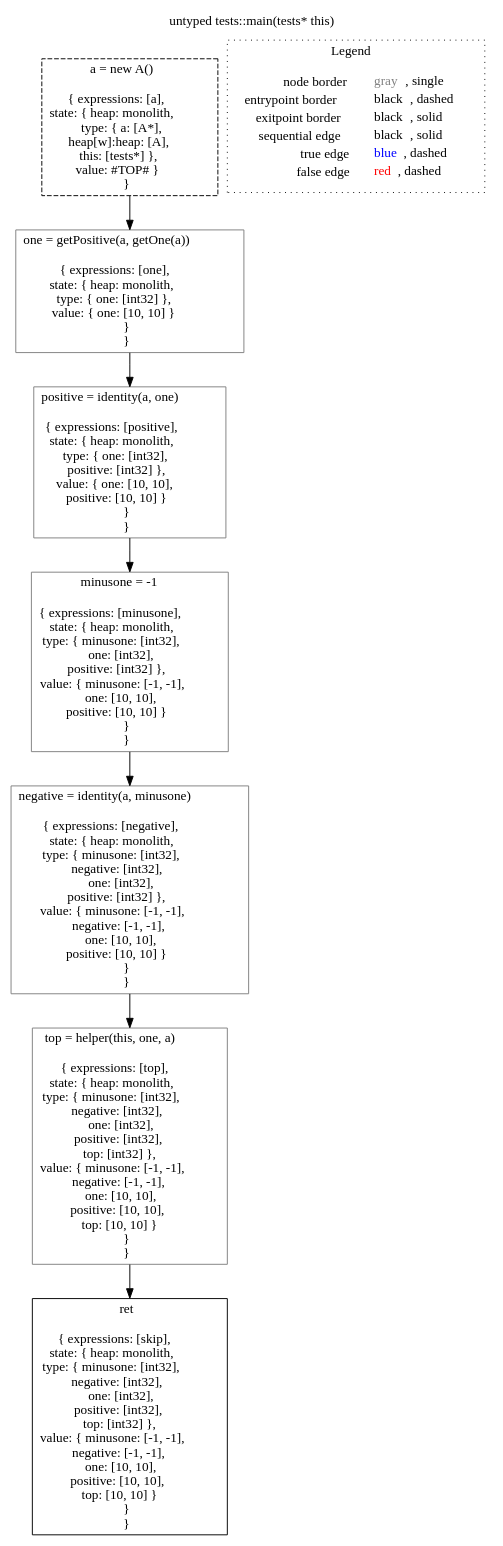
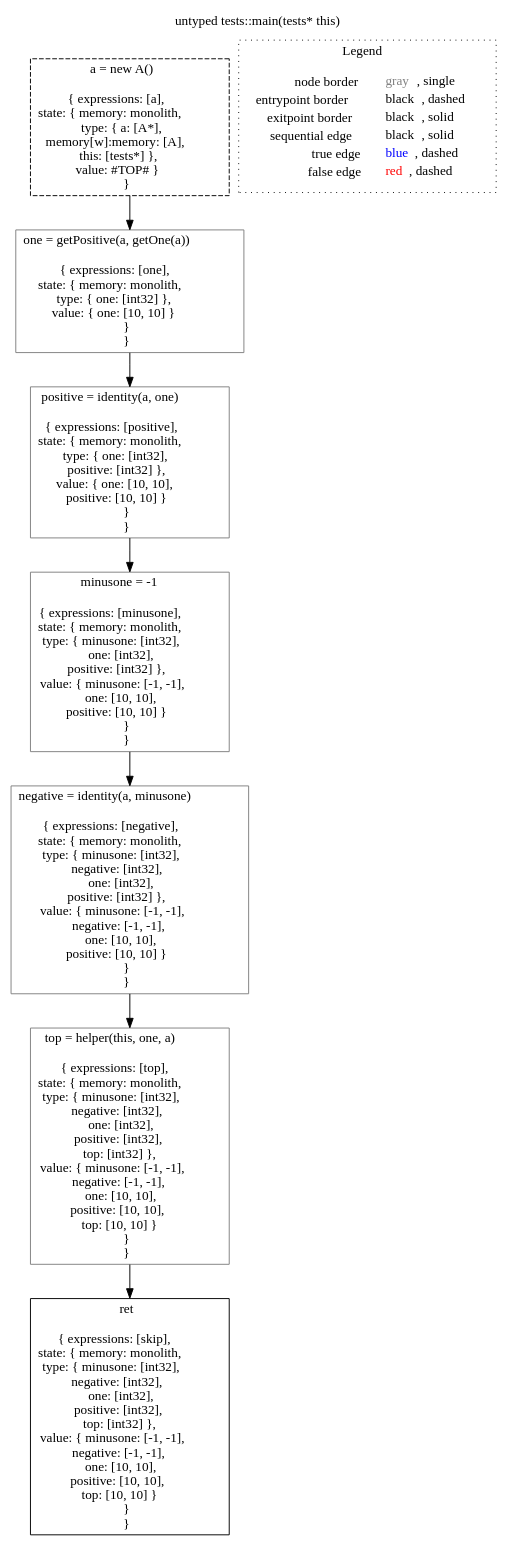
Before and after one commit to lisa-analyzer/lisa: the diagram in lisa/lisa-analyses/imp-testcases/visualization/dot/untyped_tests.main(tests__this).dot, drawn with Graphviz. The commit also changed 930 other files, not shown here.

Commit message:
Rename heap to memory #127

```diff
--- a/lisa/lisa-analyses/imp-testcases/visualization/dot/untyped_tests.main(tests__this).dot
+++ b/lisa/lisa-analyses/imp-testcases/visualization/dot/untyped_tests.main(tests__this).dot
@@ -1,22 +1,22 @@
 digraph "untyped tests::main(tests* this)" {
 edge ["dir"="forward"]
 graph ["label"="untyped tests::main(tests* this)","labelloc"="t"]
-"node0" ["label"=<a = new A()<br/><br/>{ expressions: [a],<br/>state: { heap: monolith,<br/>type: { a: [A*],<br/>heap[w]:heap: [A],<br/>this: [tests*] },<br/>value: #TOP# }<br/> }<br/>>,"shape"="rect","id"="node0","color"="black","style"="dashed"]
-"node3" ["label"=<one = getPositive(a, getOne(a))<br/><br/>{ expressions: [one],<br/>state: { heap: monolith,<br/>type: { one: [int32] },<br/>value: { one: [10, 10] }<br/> }<br/> }<br/>>,"shape"="rect","id"="node3","color"="gray"]
-"node9" ["label"=<positive = identity(a, one)<br/><br/>{ expressions: [positive],<br/>state: { heap: monolith,<br/>type: { one: [int32],<br/>positive: [int32] },<br/>value: { one: [10, 10],<br/>positive: [10, 10] }<br/> }<br/> }<br/>>,"shape"="rect","id"="node9","color"="gray"]
-"node14" ["label"=<minusone = -1<br/><br/>{ expressions: [minusone],<br/>state: { heap: monolith,<br/>type: { minusone: [int32],<br/>one: [int32],<br/>positive: [int32] },<br/>value: { minusone: [-1, -1],<br/>one: [10, 10],<br/>positive: [10, 10] }<br/> }<br/> }<br/>>,"shape"="rect","id"="node14","color"="gray"]
-"node17" ["label"=<negative = identity(a, minusone)<br/><br/>{ expressions: [negative],<br/>state: { heap: monolith,<br/>type: { minusone: [int32],<br/>negative: [int32],<br/>one: [int32],<br/>positive: [int32] },<br/>value: { minusone: [-1, -1],<br/>negative: [-1, -1],<br/>one: [10, 10],<br/>positive: [10, 10] }<br/> }<br/> }<br/>>,"shape"="rect","id"="node17","color"="gray"]
-"node22" ["label"=<top = helper(this, one, a)<br/><br/>{ expressions: [top],<br/>state: { heap: monolith,<br/>type: { minusone: [int32],<br/>negative: [int32],<br/>one: [int32],<br/>positive: [int32],<br/>top: [int32] },<br/>value: { minusone: [-1, -1],<br/>negative: [-1, -1],<br/>one: [10, 10],<br/>positive: [10, 10],<br/>top: [10, 10] }<br/> }<br/> }<br/>>,"shape"="rect","id"="node22","color"="gray"]
-"node28" ["label"=<ret<br/><br/>{ expressions: [skip],<br/>state: { heap: monolith,<br/>type: { minusone: [int32],<br/>negative: [int32],<br/>one: [int32],<br/>positive: [int32],<br/>top: [int32] },<br/>value: { minusone: [-1, -1],<br/>negative: [-1, -1],<br/>one: [10, 10],<br/>positive: [10, 10],<br/>top: [10, 10] }<br/> }<br/> }<br/>>,"shape"="rect","id"="node28","color"="black"]
+"node0" ["label"=<a = new A()<br/><br/>{ expressions: [a],<br/>state: { memory: monolith,<br/>type: { a: [A*],<br/>memory[w]:memory: [A],<br/>this: [tests*] },<br/>value: #TOP# }<br/> }<br/>>,"shape"="rect","id"="node0","color"="black","style"="dashed"]
+"node3" ["label"=<one = getPositive(a, getOne(a))<br/><br/>{ expressions: [one],<br/>state: { memory: monolith,<br/>type: { one: [int32] },<br/>value: { one: [10, 10] }<br/> }<br/> }<br/>>,"shape"="rect","id"="node3","color"="gray"]
+"node9" ["label"=<positive = identity(a, one)<br/><br/>{ expressions: [positive],<br/>state: { memory: monolith,<br/>type: { one: [int32],<br/>positive: [int32] },<br/>value: { one: [10, 10],<br/>positive: [10, 10] }<br/> }<br/> }<br/>>,"shape"="rect","id"="node9","color"="gray"]
+"node14" ["label"=<minusone = -1<br/><br/>{ expressions: [minusone],<br/>state: { memory: monolith,<br/>type: { minusone: [int32],<br/>one: [int32],<br/>positive: [int32] },<br/>value: { minusone: [-1, -1],<br/>one: [10, 10],<br/>positive: [10, 10] }<br/> }<br/> }<br/>>,"shape"="rect","id"="node14","color"="gray"]
+"node17" ["label"=<negative = identity(a, minusone)<br/><br/>{ expressions: [negative],<br/>state: { memory: monolith,<br/>type: { minusone: [int32],<br/>negative: [int32],<br/>one: [int32],<br/>positive: [int32] },<br/>value: { minusone: [-1, -1],<br/>negative: [-1, -1],<br/>one: [10, 10],<br/>positive: [10, 10] }<br/> }<br/> }<br/>>,"shape"="rect","id"="node17","color"="gray"]
+"node22" ["label"=<top = helper(this, one, a)<br/><br/>{ expressions: [top],<br/>state: { memory: monolith,<br/>type: { minusone: [int32],<br/>negative: [int32],<br/>one: [int32],<br/>positive: [int32],<br/>top: [int32] },<br/>value: { minusone: [-1, -1],<br/>negative: [-1, -1],<br/>one: [10, 10],<br/>positive: [10, 10],<br/>top: [10, 10] }<br/> }<br/> }<br/>>,"shape"="rect","id"="node22","color"="gray"]
+"node28" ["label"=<ret<br/><br/>{ expressions: [skip],<br/>state: { memory: monolith,<br/>type: { minusone: [int32],<br/>negative: [int32],<br/>one: [int32],<br/>positive: [int32],<br/>top: [int32] },<br/>value: { minusone: [-1, -1],<br/>negative: [-1, -1],<br/>one: [10, 10],<br/>positive: [10, 10],<br/>top: [10, 10] }<br/> }<br/> }<br/>>,"shape"="rect","id"="node28","color"="black"]
 subgraph "cluster_legend" {
 edge ["dir"="none"]
 graph ["label"=<Legend>,"style"="dotted"]
 "legend" ["label"=<<table border="0" cellpadding="2" cellspacing="0" cellborder="0"><tr><td align="right">node border&nbsp;</td><td align="left"><font color="gray">gray</font>, single</td></tr><tr><td align="right">entrypoint border&nbsp;</td><td align="left"><font color="black">black</font>, dashed</td></tr><tr><td align="right">exitpoint border&nbsp;</td><td align="left"><font color="black">black</font>, solid</td></tr><tr><td align="right">sequential edge&nbsp;</td><td align="left"><font color="black">black</font>, solid</td></tr><tr><td align="right">true edge&nbsp;</td><td align="left"><font color="blue">blue</font>, dashed</td></tr><tr><td align="right">false edge&nbsp;</td><td align="left"><font color="red">red</font>, dashed</td></tr></table>>,"shape"="none"]
 }
 "node0" -> "node3" ["color"="black"]
 "node3" -> "node9" ["color"="black"]
 "node9" -> "node14" ["color"="black"]
 "node14" -> "node17" ["color"="black"]
 "node17" -> "node22" ["color"="black"]
 "node22" -> "node28" ["color"="black"]
 }
```
